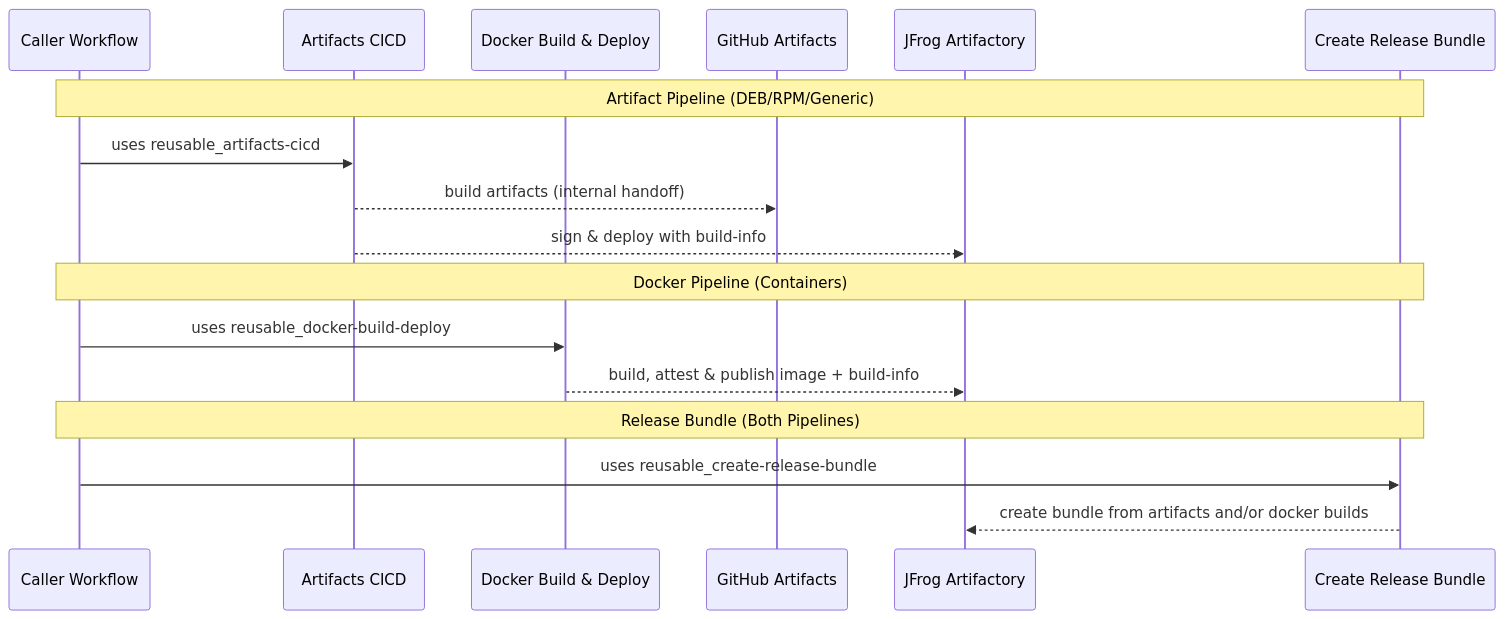
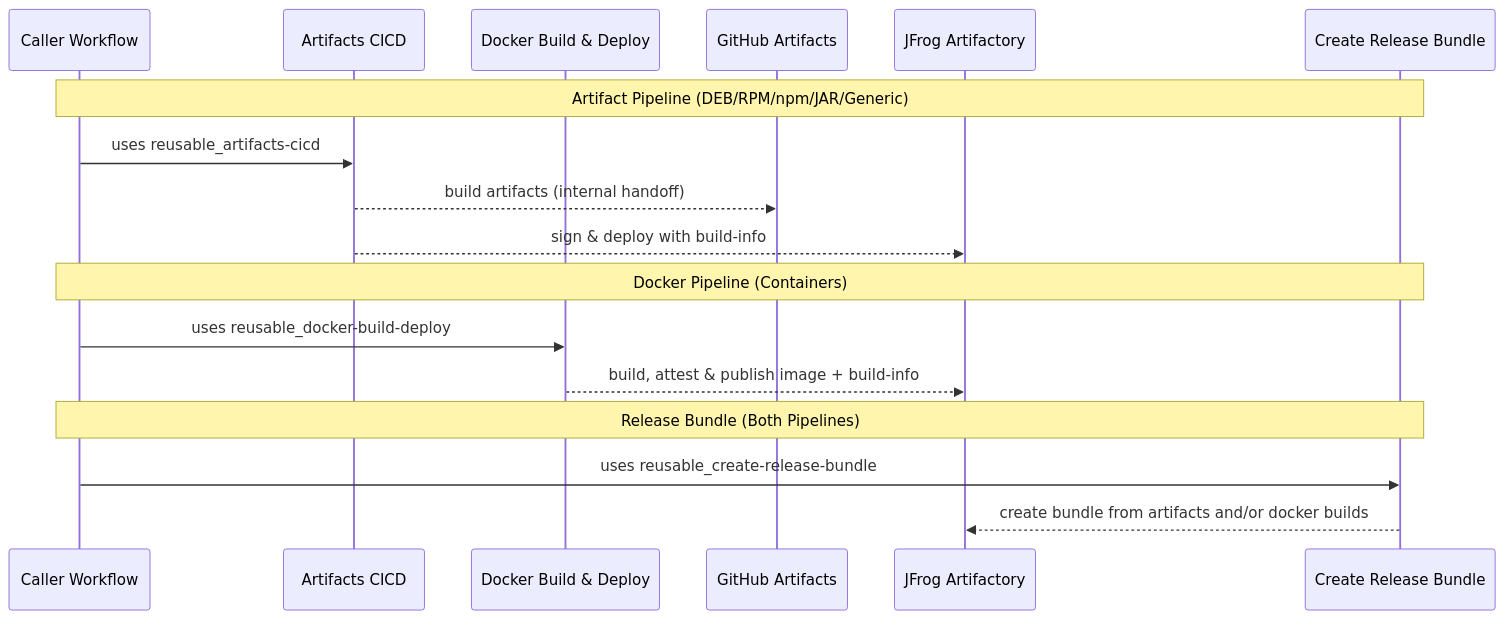
One commit to aerospike/shared-workflows changed the diagram in .github/workflows/docs/CICD-standard.md. Above: the diagram before and after it, drawn with Mermaid. The commit also changed 20 other files, not shown here.

````diff
--- a/.github/workflows/docs/CICD-standard.md
+++ b/.github/workflows/docs/CICD-standard.md
@@ -9,22 +9,22 @@
 ```mermaid
 sequenceDiagram
   participant WF as Caller Workflow
   participant CICD as Artifacts CICD
   participant DBD as Docker Build & Deploy
   participant GA as GitHub Artifacts
   participant JF as JFrog Artifactory
   participant RB as Create Release Bundle
 
-  Note over WF,RB: Artifact Pipeline (DEB/RPM/Generic)
+  Note over WF,RB: Artifact Pipeline (DEB/RPM/npm/JAR/Generic)
   WF->>CICD: uses reusable_artifacts-cicd
   CICD-->>GA: build artifacts (internal handoff)
   CICD-->>JF: sign & deploy with build-info
 
   Note over WF,RB: Docker Pipeline (Containers)
   WF->>DBD: uses reusable_docker-build-deploy
   DBD-->>JF: build, attest & publish image + build-info
 
   Note over WF,RB: Release Bundle (Both Pipelines)
   WF->>RB: uses reusable_create-release-bundle
   RB-->>JF: create bundle from artifacts and/or docker builds
 ```
````
